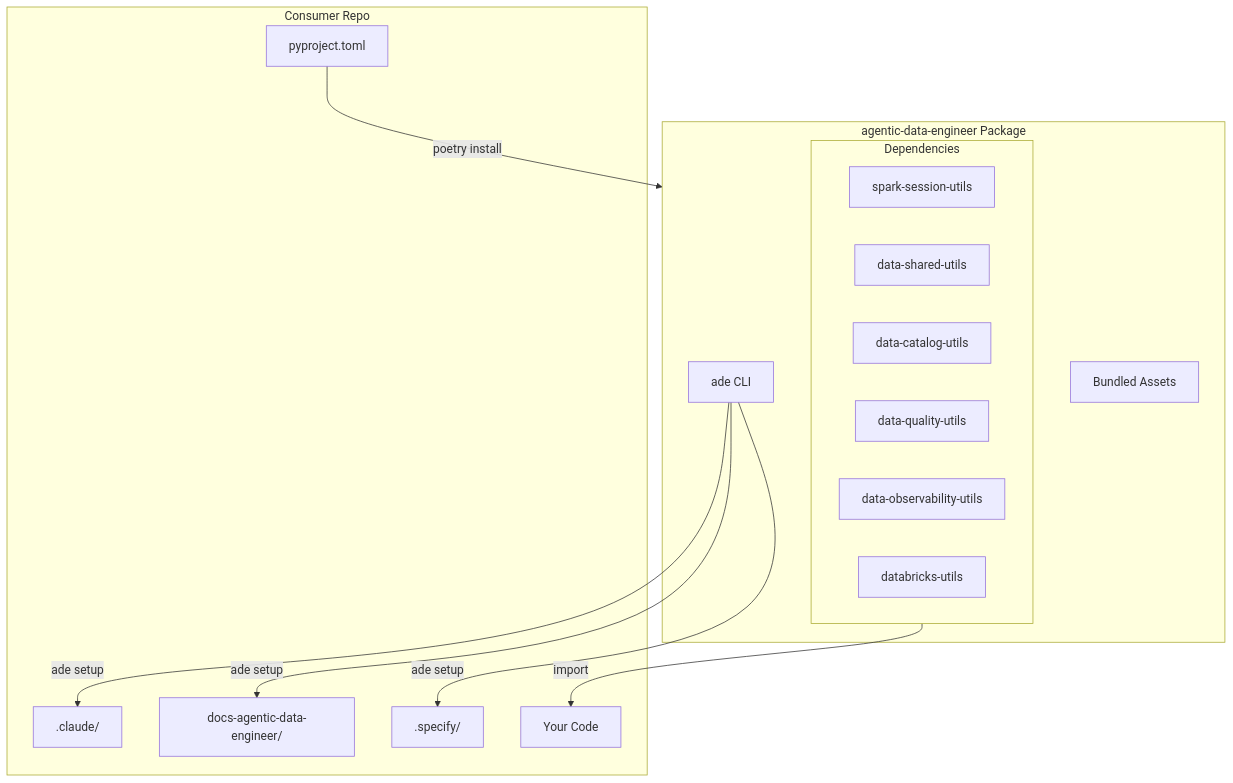
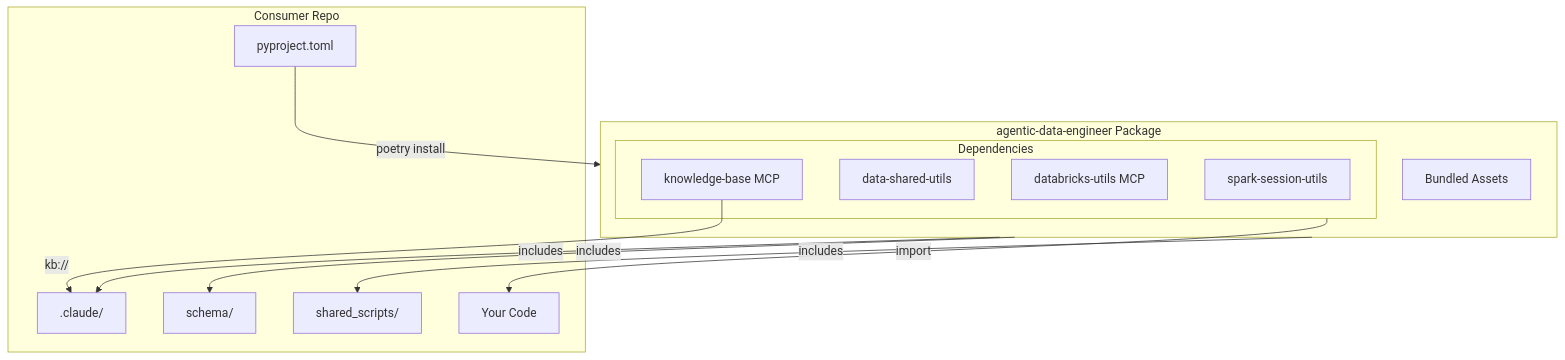
One commit to GC1-dev/agentic-data-engineer changed the diagram in README.md. Above: the diagram before and after it, drawn with Mermaid. The commit also changed other lines of this file and 20 other files, not shown here.

````diff
--- a/README.md
+++ b/README.md
@@ -358,29 +297,27 @@
 ```mermaid
 flowchart TD
     subgraph Package["agentic-data-engineer Package"]
-        CLI[ade CLI]
         ASSETS[Bundled Assets]
         subgraph Deps["Dependencies"]
             SSU[spark-session-utils]
             DSU[data-shared-utils]
-            DCU[data-catalog-utils]
-            DQU[data-quality-utils]
-            DOU[data-observability-utils]
-            DBU[databricks-utils]
+            DBU[databricks-utils MCP]
+            KBU[knowledge-base MCP]
         end
     end
 
     subgraph Consumer["Consumer Repo"]
         PYPROJECT[pyproject.toml]
         CLAUDE[.claude/]
-        DOCS[docs-agentic-data-engineer/]
-        SPECIFY[.specify/]
+        SCHEMA[schema/]
+        SCRIPTS[shared_scripts/]
         CODE[Your Code]
     end
 
     PYPROJECT -->|poetry install| Package
-    CLI -->|ade setup| CLAUDE
-    CLI -->|ade setup| DOCS
-    CLI -->|ade setup| SPECIFY
+    Package -->|includes| CLAUDE
+    Package -->|includes| SCHEMA
+    Package -->|includes| SCRIPTS
     Deps -->|import| CODE
+    KBU -->|kb://| CLAUDE
 ```
````
